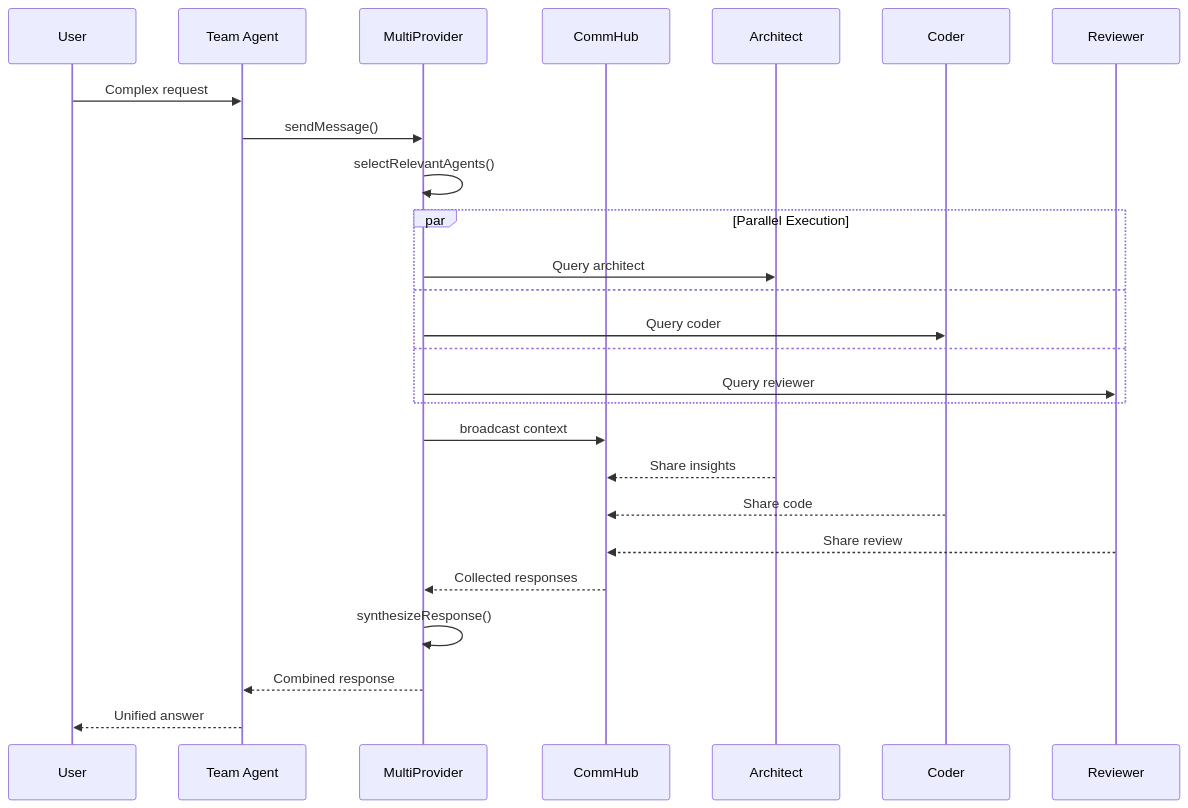
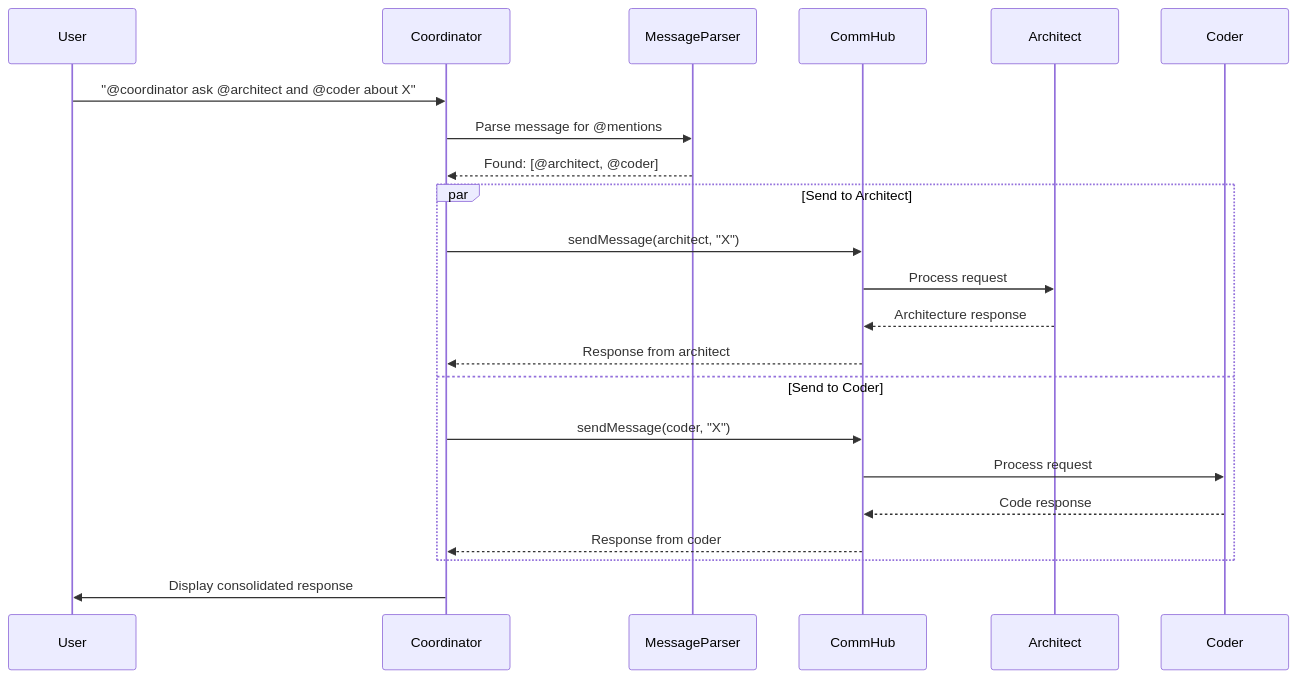
Before and after one commit to craig-yappert/multi-agent-chat-extension: the third of 6 diagrams in docs/ARCHITECTURE_DIAGRAM.md, drawn with Mermaid. The commit also changed other lines of this file, not shown here.

First line of the commit message:
docs: Update ARCHITECTURE_DIAGRAM.md to v1.13.0 accuracy

````diff
--- a/docs/ARCHITECTURE_DIAGRAM.md
+++ b/docs/ARCHITECTURE_DIAGRAM.md
@@ -121,32 +139,27 @@
 ```mermaid
 sequenceDiagram
     participant User
-    participant Team as Team Agent
-    participant Multi as MultiProvider
+    participant Coord as Coordinator
+    participant Parser as MessageParser
     participant Hub as CommHub
-    participant A1 as Architect
-    participant A2 as Coder
-    participant A3 as Reviewer
+    participant Arch as Architect
+    participant Coder
 
-    User->>Team: Complex request
-    Team->>Multi: sendMessage()
-    Multi->>Multi: selectRelevantAgents()
+    User->>Coord: "@coordinator ask @architect and @coder about X"
+    Coord->>Parser: Parse message for @mentions
+    Parser-->>Coord: Found: [@architect, @coder]
 
-    par Parallel Execution
-        Multi->>A1: Query architect
-        and
-        Multi->>A2: Query coder
-        and
-        Multi->>A3: Query reviewer
+    par Send to Architect
+        Coord->>Hub: sendMessage(architect, "X")
+        Hub->>Arch: Process request
+        Arch-->>Hub: Architecture response
+        Hub-->>Coord: Response from architect
+    and Send to Coder
+        Coord->>Hub: sendMessage(coder, "X")
+        Hub->>Coder: Process request
+        Coder-->>Hub: Code response
+        Hub-->>Coord: Response from coder
     end
 
-    Multi->>Hub: broadcast context
-    A1-->>Hub: Share insights
-    A2-->>Hub: Share code
-    A3-->>Hub: Share review
-
-    Hub-->>Multi: Collected responses
-    Multi->>Multi: synthesizeResponse()
-    Multi-->>Team: Combined response
-    Team-->>User: Unified answer
+    Coord->>User: Display consolidated response
 ```
````
